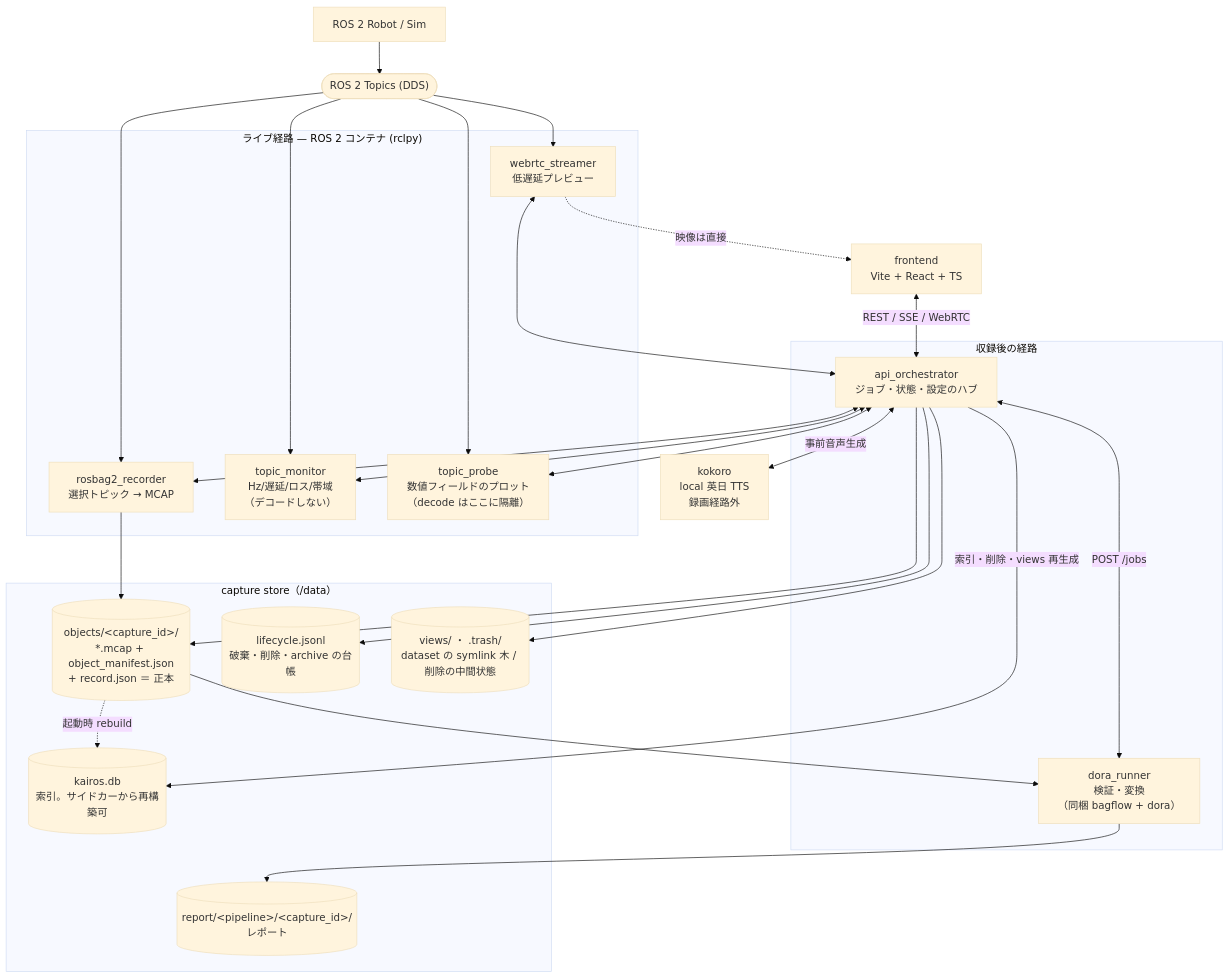
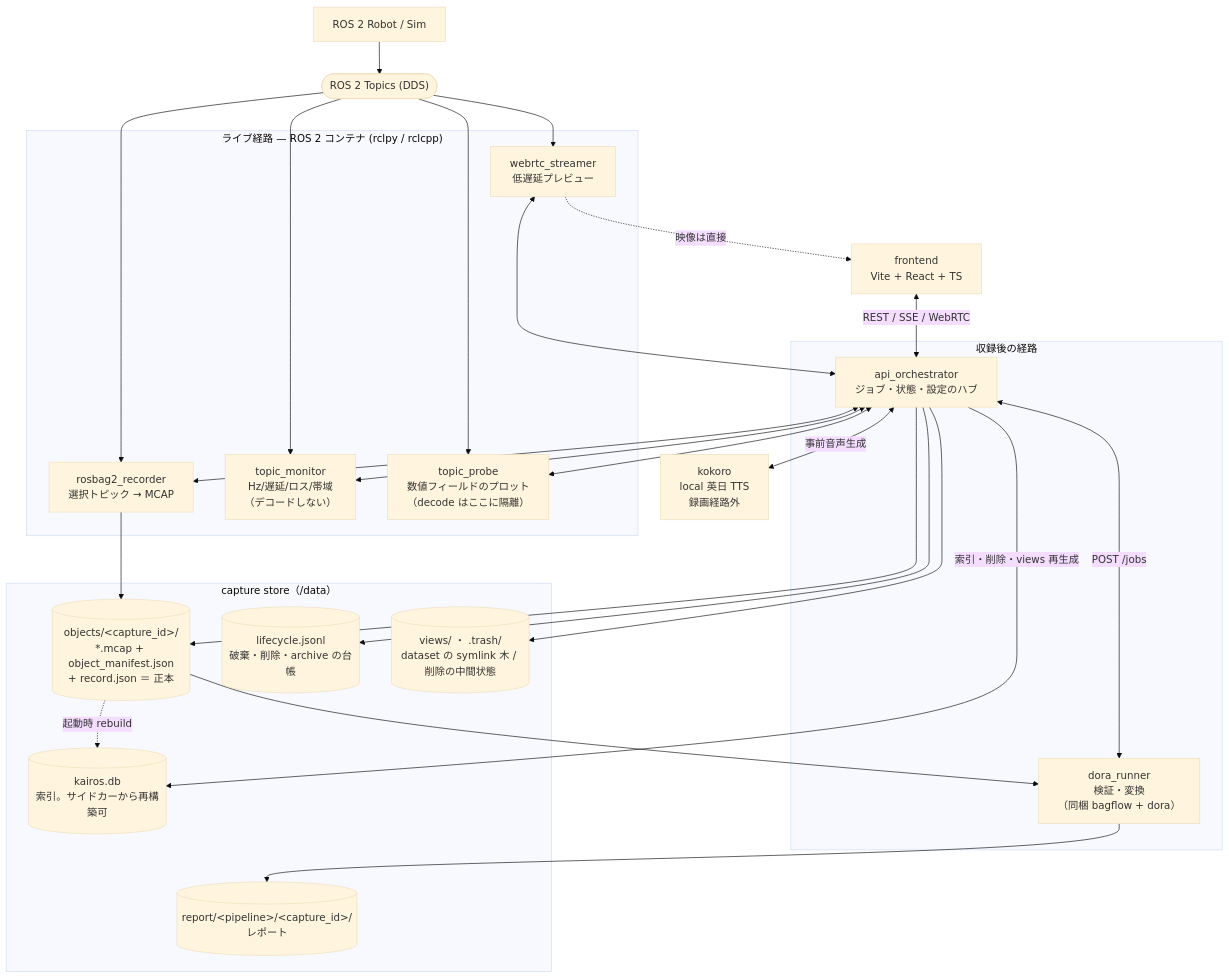
The first of 2 diagrams in README.ja.md (sige0002/kairos), drawn with Mermaid (base theme) before and after one commit. The commit also changed 18 other files, not shown here.

````diff
--- a/README.ja.md
+++ b/README.ja.md
@@ -16,39 +16,39 @@
 ```mermaid
 flowchart TB
   ROBOT["ROS 2 Robot / Sim"] --> TOPICS(["ROS 2 Topics (DDS)"])
 
-  subgraph live["ライブ経路 — ROS 2 コンテナ (rclpy)"]
+  subgraph live["ライブ経路 — ROS 2 コンテナ (rclpy / rclcpp)"]
     REC["rosbag2_recorder<br/>選択トピック → MCAP"]
     MON["topic_monitor<br/>Hz/遅延/ロス/帯域<br/>（デコードしない）"]
     PROBE["topic_probe<br/>数値フィールドのプロット<br/>（decode はここに隔離）"]
     WEB["webrtc_streamer<br/>低遅延プレビュー"]
   end
 
   subgraph post["収録後の経路"]
     ORC["api_orchestrator<br/>ジョブ・状態・設定のハブ"]
     DR["dora_runner<br/>検証・変換<br/>（同梱 bagflow + dora）"]
   end
 
   FE["frontend<br/>Vite + React + TS"]
   TTS["kokoro<br/>local 英日 TTS<br/>録画経路外"]
 
   subgraph store["capture store（/data）"]
     MCAP[("objects/&lt;capture_id&gt;/<br/>*.mcap + object_manifest.json<br/>+ record.json ＝ 正本")]
     LEDGER[("lifecycle.jsonl<br/>破棄・削除・archive の台帳")]
     DB[("kairos.db<br/>索引。サイドカーから再構築可")]
     VIEWS[("views/ ・ .trash/<br/>dataset の symlink 木 / 削除の中間状態")]
     OUT[("report/&lt;pipeline&gt;/&lt;capture_id&gt;/<br/>レポート")]
   end
 
   TOPICS --> REC & MON & PROBE & WEB
   REC --> MCAP
   MCAP --> DR --> OUT
   FE <-->|"REST / SSE / WebRTC"| ORC
   ORC <-->|"事前音声生成"| TTS
   ORC <--> REC & MON & PROBE & WEB
   ORC <-->|"POST /jobs"| DR
   ORC -->|"索引・削除・views 再生成"| DB
   ORC --> MCAP & LEDGER & VIEWS
   MCAP -.->|"起動時 rebuild"| DB
   WEB -.->|"映像は直接"| FE
 ```
````
